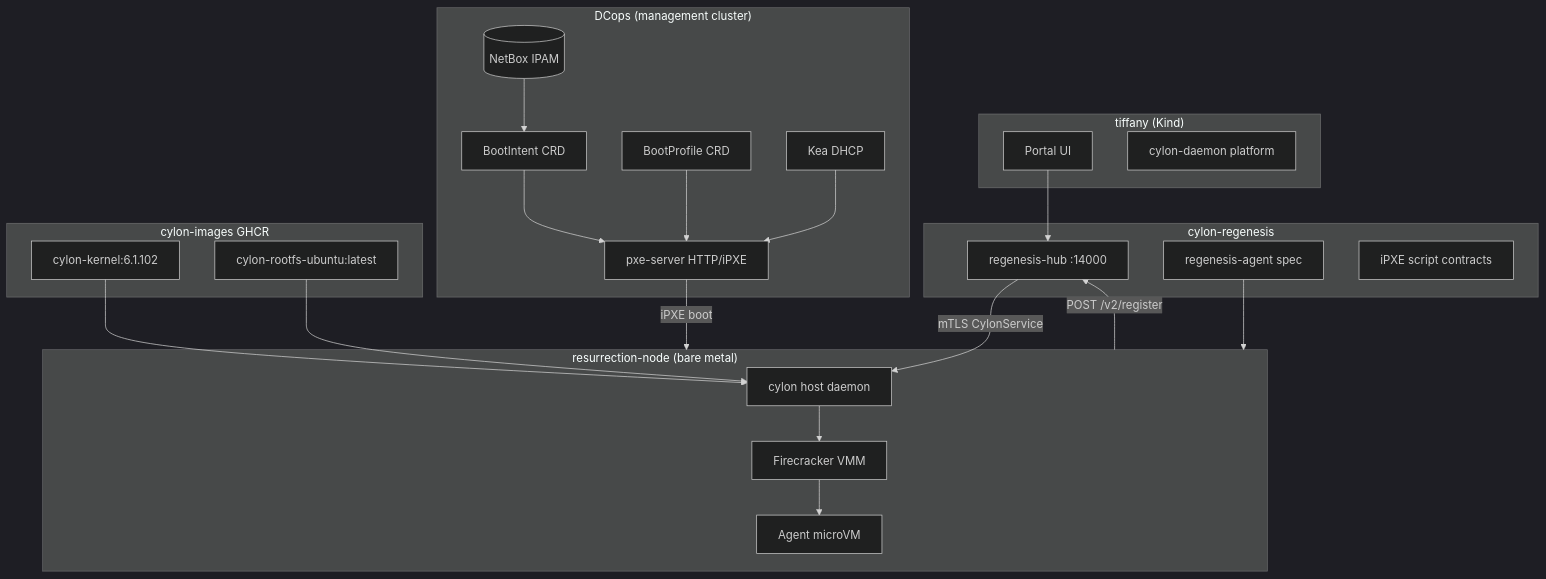
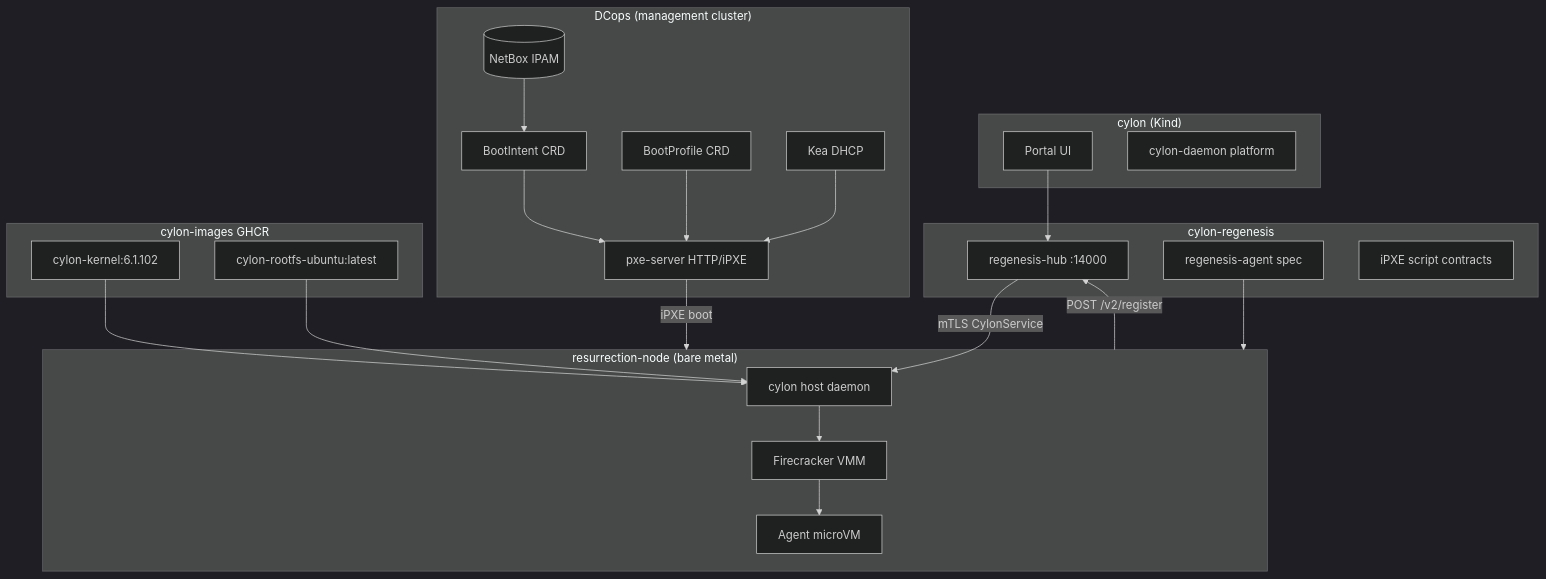
Before and after one commit to microscaler/cylon-regenesis: the diagram in docs/ARCHITECTURE.md, drawn with Mermaid (dark theme). The commit also changed other lines of this file and 40 other files, not shown here.

````diff
--- a/docs/ARCHITECTURE.md
+++ b/docs/ARCHITECTURE.md
@@ -17,46 +17,46 @@
 ```mermaid
 flowchart TB
-    subgraph Platform["tiffany (Kind)"]
+    subgraph Platform["cylon (Kind)"]
         Portal[Portal UI]
         Daemon[cylon-daemon platform]
     end
 
     subgraph Regenesis["cylon-regenesis"]
         Hub[regenesis-hub :14000]
         AgentSpec[regenesis-agent spec]
         iPXE[iPXE script contracts]
     end
 
     subgraph DCopsStack["DCops (management cluster)"]
         BootIntent[BootIntent CRD]
         BootProfile[BootProfile CRD]
         PXE[pxe-server HTTP/iPXE]
         Kea[Kea DHCP]
         NetBox[(NetBox IPAM)]
     end
 
     subgraph Node["resurrection-node (bare metal)"]
         CylonHost[cylon host daemon]
         FC[Firecracker VMM]
         VM[Agent microVM]
     end
 
     subgraph Images["cylon-images GHCR"]
         GuestKernel[cylon-kernel:6.1.102]
         GuestRootfs[cylon-rootfs-ubuntu:latest]
     end
 
     Portal --> Hub
     Hub -->|mTLS CylonService| CylonHost
     CylonHost --> FC --> VM
     GuestRootfs --> CylonHost
     GuestKernel --> CylonHost
 
     BootIntent --> PXE
     BootProfile --> PXE
     Kea --> PXE
     NetBox --> BootIntent
     PXE -->|iPXE boot| Node
     AgentSpec --> Node
     Node -->|POST /v2/register| Hub
 ```
````
